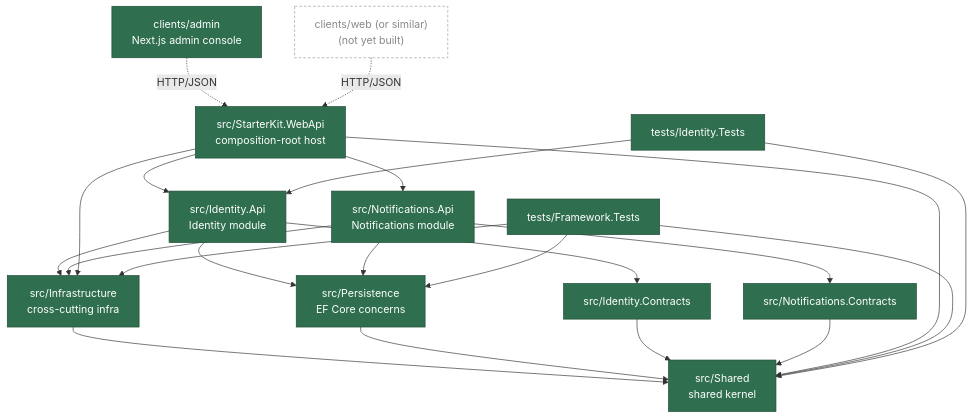
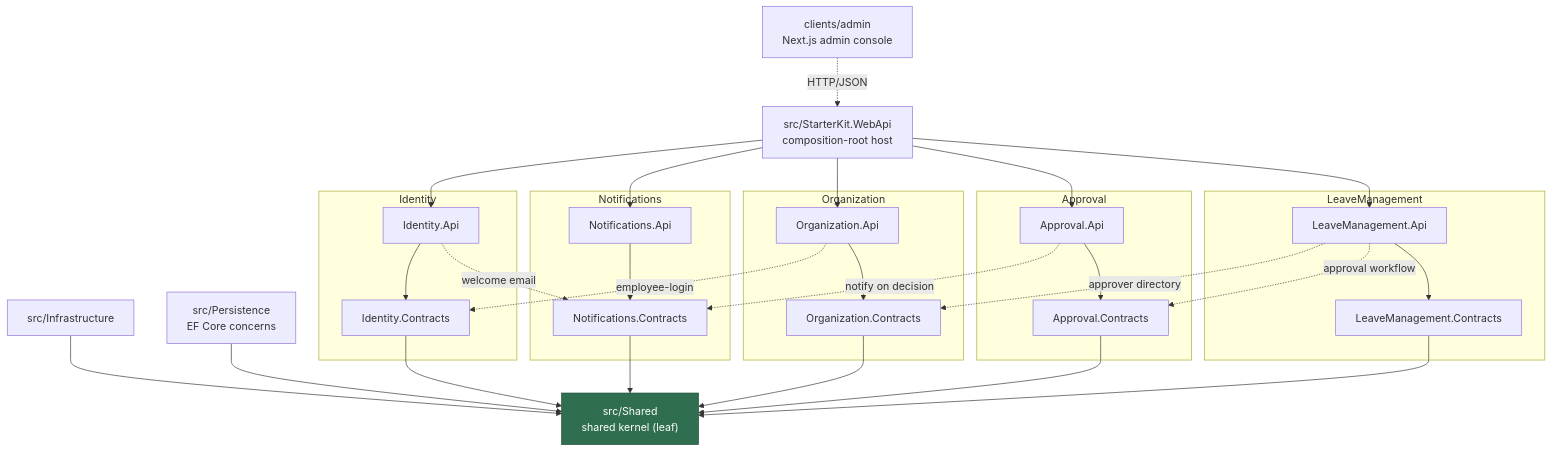
One commit to lightdotnet/dotnet-starter-template changed the diagram in README.md. Above: the diagram before and after it, drawn with Mermaid. The commit also changed other lines of this file and 12 other files, not shown here.

````diff
--- a/README.md
+++ b/README.md
@@ -46,43 +58,50 @@
 ```mermaid
 graph TD
-    Shared["src/Shared<br/>shared kernel"]
-    Infra["src/Infrastructure<br/>cross-cutting infra"]
+    Shared["src/Shared<br/>shared kernel (leaf)"]
+    Infra["src/Infrastructure"]
     Persistence["src/Persistence<br/>EF Core concerns"]
-    IdentityContracts["src/Identity.Contracts"]
-    IdentityApi["src/Identity.Api<br/>Identity module"]
-    NotifContracts["src/Notifications.Contracts"]
-    NotifApi["src/Notifications.Api<br/>Notifications module"]
     Host["src/StarterKit.WebApi<br/>composition-root host"]
-    FrameworkTests["tests/Framework.Tests"]
-    IdentityTests["tests/Identity.Tests"]
     Admin["clients/admin<br/>Next.js admin console"]
-    Web["clients/web (or similar)<br/>(not yet built)"]
+
+    subgraph Identity
+        IdC["Identity.Contracts"]
+        IdA["Identity.Api"]
+    end
+    subgraph Notifications
+        NoC["Notifications.Contracts"]
+        NoA["Notifications.Api"]
+    end
+    subgraph Organization
+        OrC["Organization.Contracts"]
+        OrA["Organization.Api"]
+    end
+    subgraph Approval
+        ApC["Approval.Contracts"]
+        ApA["Approval.Api"]
+    end
+    subgraph LeaveManagement
+        LvC["LeaveManagement.Contracts"]
+        LvA["LeaveManagement.Api"]
+    end
 
     Infra --> Shared
     Persistence --> Shared
-    IdentityContracts --> Shared
-    IdentityApi --> IdentityContracts
-    IdentityApi --> Infra
-    IdentityApi --> Persistence
-    NotifContracts --> Shared
-    NotifApi --> NotifContracts
-    NotifApi --> Infra
-    NotifApi --> Persistence
-    Host --> IdentityApi
-    Host --> NotifApi
-    Host --> Infra
-    Host --> Shared
-    FrameworkTests --> Shared
-    FrameworkTests --> Infra
-    FrameworkTests --> Persistence
-    IdentityTests --> IdentityApi
-    IdentityTests --> Shared
+    IdC & NoC & OrC & ApC & LvC --> Shared
+    IdA --> IdC
+    NoA --> NoC
+    OrA --> OrC
+    ApA --> ApC
+    LvA --> LvC
 
-    Admin -.HTTP/JSON.-> Host
-    Web -.HTTP/JSON.-> Host
+    IdA -. welcome email .-> NoC
+    OrA -. employee-login .-> IdC
+    ApA -. notify on decision .-> NoC
+    LvA -. approval workflow .-> ApC
+    LvA -. approver directory .-> OrC
 
-    classDef built fill:#2f6f4f,stroke:#1e4a34,color:#fff;
-    classDef planned fill:none,stroke:#999,stroke-dasharray: 4 3,color:#888;
-    class Shared,Infra,Persistence,IdentityContracts,IdentityApi,NotifContracts,NotifApi,Host,FrameworkTests,IdentityTests,Admin built;
-    class Web planned;
+    Host --> IdA & NoA & OrA & ApA & LvA
+    Admin -. HTTP/JSON .-> Host
+
+    classDef leaf fill:#2f6f4f,stroke:#1e4a34,color:#fff;
+    class Shared leaf;
 ```
````
